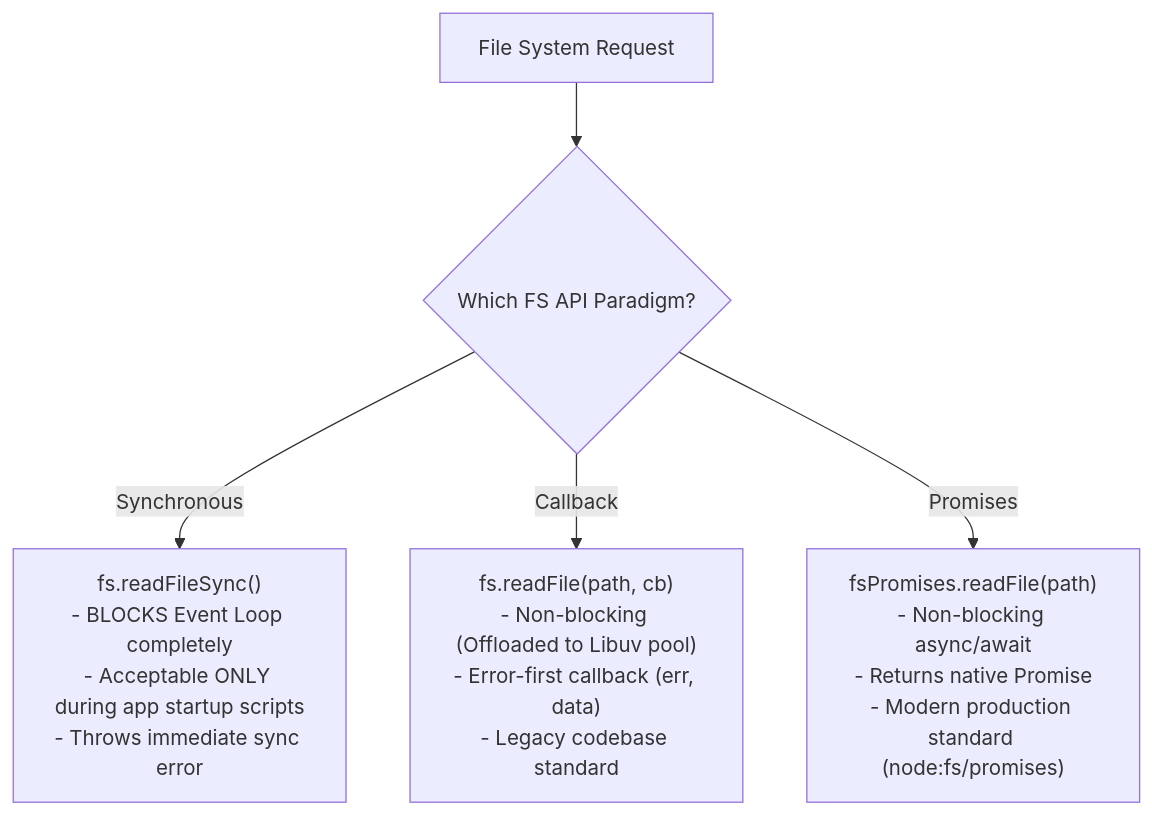
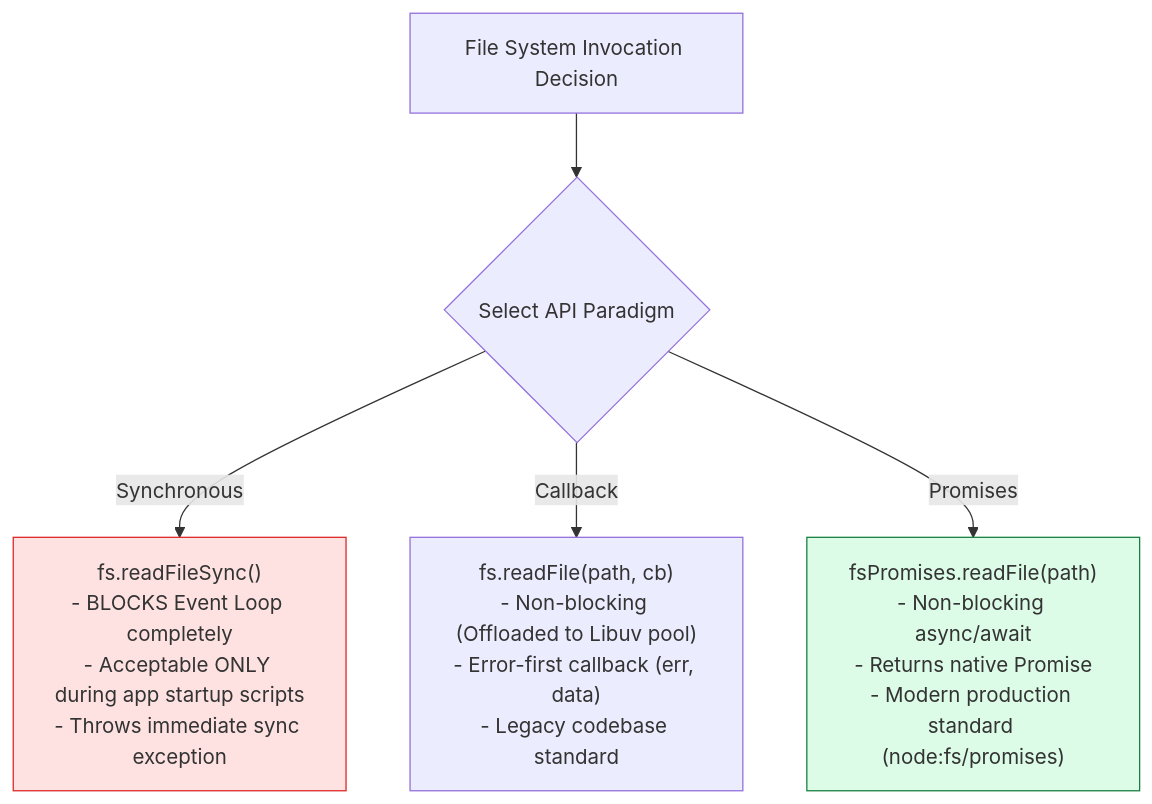
One commit to Amie-dev/engineering-playbook changed the second of 3 diagrams in nodejs-notes/07-fs-sync-and-async.md. Above: the diagram before and after it, drawn with Mermaid. The commit also changed other lines of this file and 31 other files, not shown here.

````diff
--- a/nodejs-notes/07-fs-sync-and-async.md
+++ b/nodejs-notes/07-fs-sync-and-async.md
@@ -44,10 +46,13 @@
 ```mermaid
 flowchart TD
-    FSCall[File System Request] --> Choice{Which FS API Paradigm?}
+    FSCall[File System Invocation Decision] --> Choice{Select API Paradigm}
     
-    Choice -- Synchronous --> SyncMode["fs.readFileSync()<br/>- BLOCKS Event Loop completely<br/>- Acceptable ONLY during app startup scripts<br/>- Throws immediate sync error"]
+    Choice -- Synchronous --> SyncMode["fs.readFileSync()<br/>- BLOCKS Event Loop completely<br/>- Acceptable ONLY during app startup scripts<br/>- Throws immediate sync exception"]
 
     Choice -- Callback --> CBMode["fs.readFile(path, cb)<br/>- Non-blocking (Offloaded to Libuv pool)<br/>- Error-first callback (err, data)<br/>- Legacy codebase standard"]
 
     Choice -- Promises --> PromiseMode["fsPromises.readFile(path)<br/>- Non-blocking async/await<br/>- Returns native Promise<br/>- Modern production standard (node:fs/promises)"]
+
+    style SyncMode fill:#fee2e2,stroke:#dc2626
+    style PromiseMode fill:#dcfce7,stroke:#15803d
 ```
````
